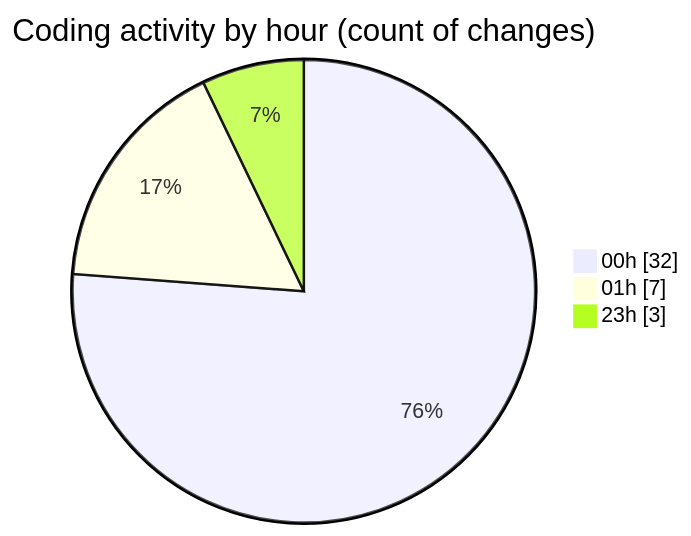
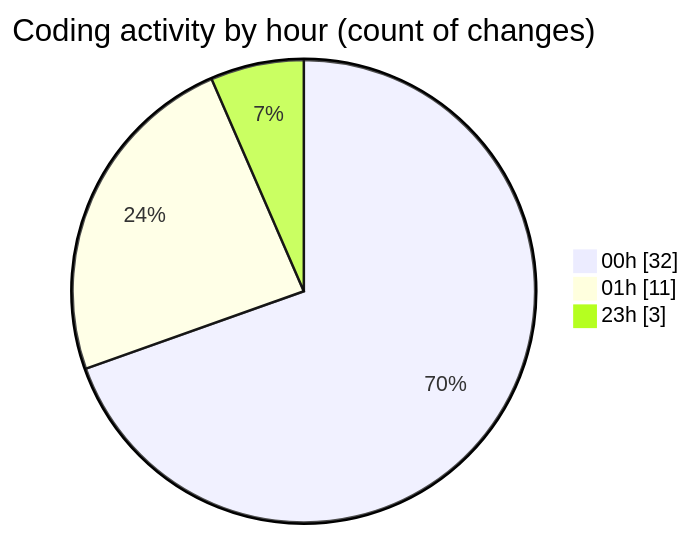
Before and after one commit to lephambinh05/code-tracking: the second of 2 diagrams in 2025-07-28/quanlyrapchieuphim-1/README.md, drawn with Mermaid. The commit also changed other lines of this file and 1 other file, not shown here.

````diff
--- a/2025-07-28/quanlyrapchieuphim-1/README.md
+++ b/2025-07-28/quanlyrapchieuphim-1/README.md
@@ -42,7 +43,7 @@
 ```mermaid
 pie showData
 title Coding activity by hour (count of changes)
 "00h" : 32
-"01h" : 7
+"01h" : 11
 "23h" : 3
 ```
````
